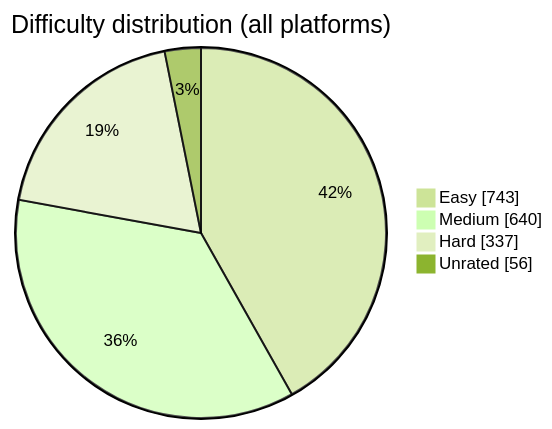
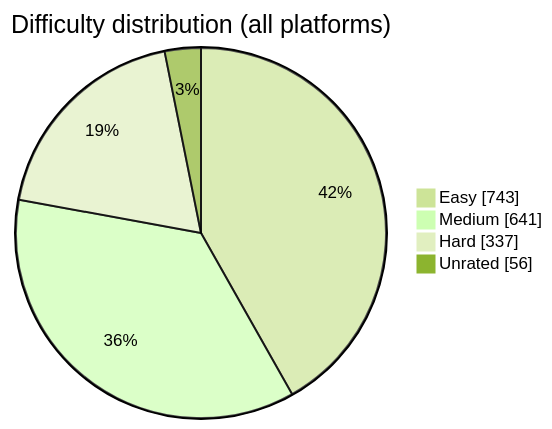
Before and after one commit to BuildbyArindam/Daily-Coding-Log: the diagram in README.md, drawn with Mermaid (forest theme). The commit also changed other lines of this file, not shown here.

````diff
--- a/README.md
+++ b/README.md
@@ -108,7 +108,7 @@
 ```mermaid
 pie showData title Difficulty distribution (all platforms)
     "Easy" : 743
-    "Medium" : 640
+    "Medium" : 641
     "Hard" : 337
     "Unrated" : 56
 ```
````
